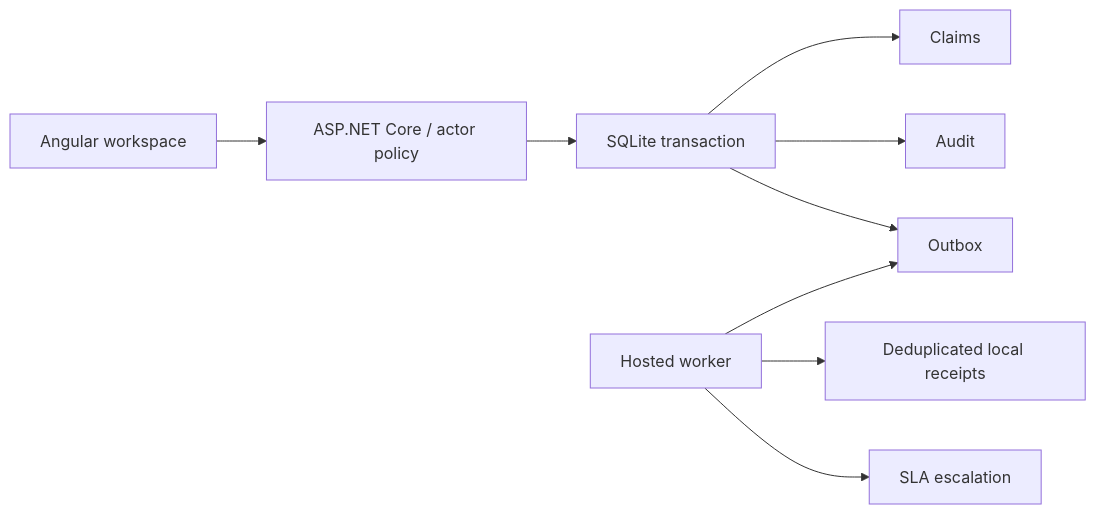
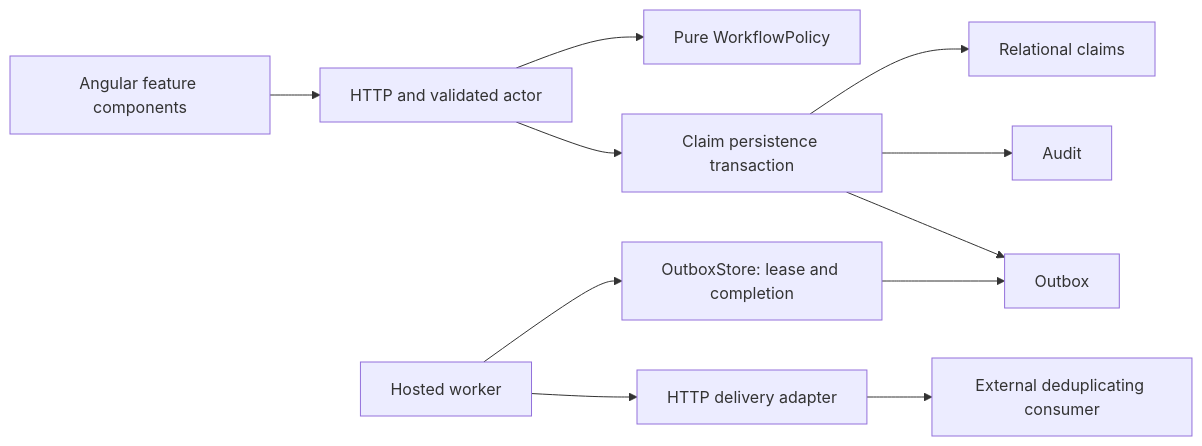
Before and after one commit to ChaitanyaKurumella/claims-workflow-api: the first of 2 diagrams in docs/architecture.md, drawn with Mermaid. The commit also changed other lines of this file and 44 other files, not shown here.

First line of the commit message:
Strengthen ClaimDesk workflow and recovery

````diff
--- a/docs/architecture.md
+++ b/docs/architecture.md
@@ -7,11 +5,13 @@
 ```mermaid
 flowchart LR
-    UI[Angular workspace] --> API[ASP.NET Core / actor policy]
-    API --> TX[SQLite transaction]
-    TX --> C[Claims]
-    TX --> A[Audit]
-    TX --> O[Outbox]
-    W[Hosted worker] --> O
-    W --> R[Deduplicated local receipts]
-    W --> E[SLA escalation]
+    UI[Angular feature components] --> API[HTTP and validated actor]
+    API --> Policy[Pure WorkflowPolicy]
+    API --> Store[Claim persistence transaction]
+    Store --> Claims[Relational claims]
+    Store --> Audit[Audit]
+    Store --> Outbox[Outbox]
+    Worker[Hosted worker] --> Queue[OutboxStore: lease and completion]
+    Queue --> Outbox
+    Worker --> Adapter[HTTP delivery adapter]
+    Adapter --> Consumer[External deduplicating consumer]
 ```
````
